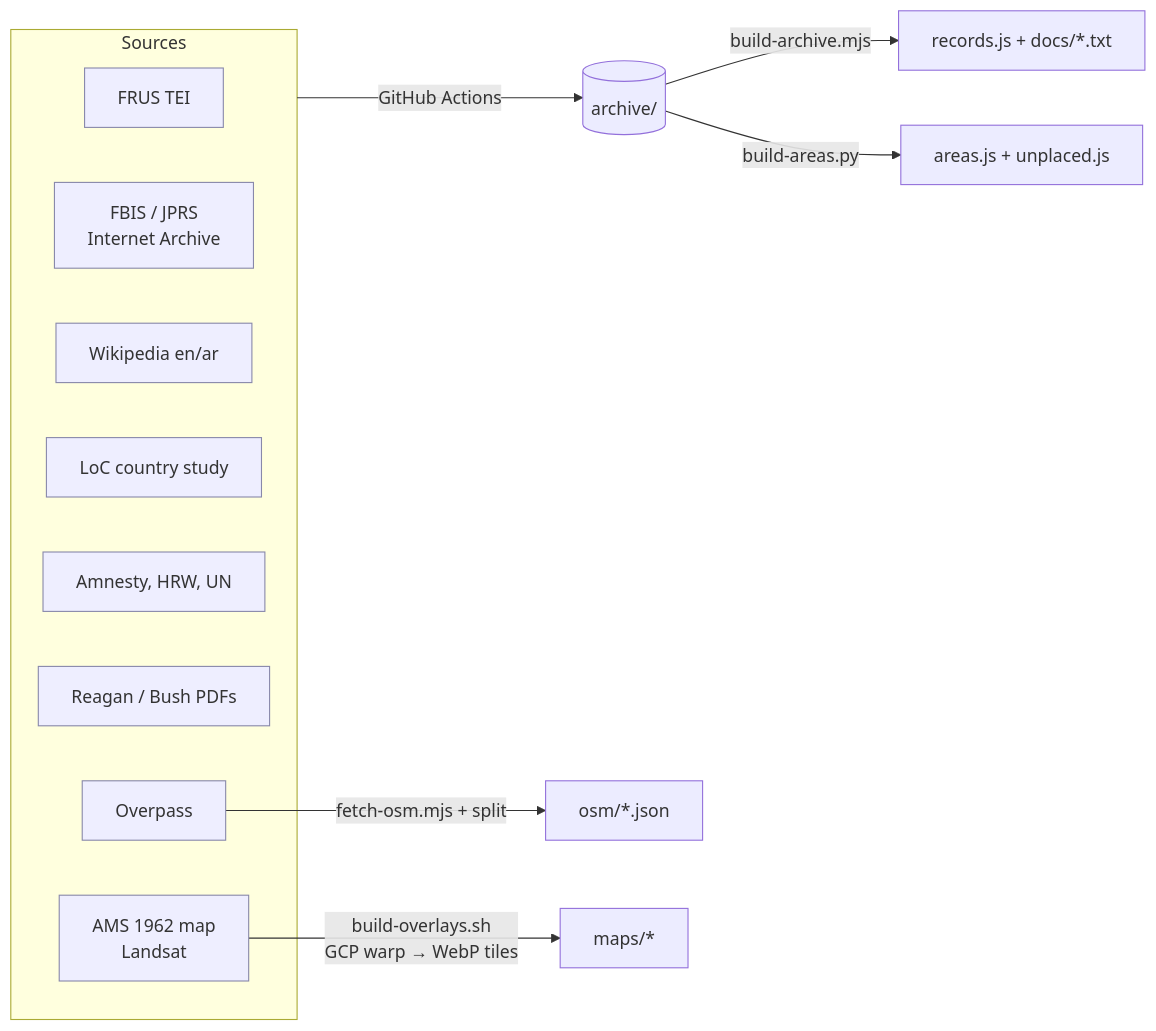
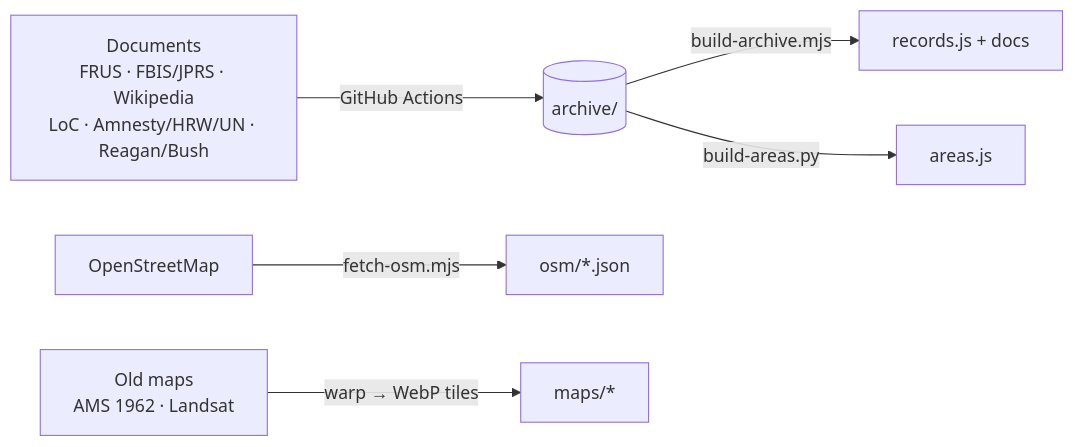
Before and after one commit to gelnagar/libya-project: the third of 4 diagrams in README.md, drawn with Mermaid. The commit also changed other lines of this file, not shown here.

Commit message:
README: flatter diagrams
Claude-Session: https://claude.ai/code/session_01Aqy79oeJhbxdmkAd5pT6Qi

````diff
--- a/README.md
+++ b/README.md
@@ -93,14 +93,8 @@
 ```mermaid
 flowchart LR
-  subgraph Sources
-    F[FRUS TEI]:::s; FB[FBIS / JPRS<br/>Internet Archive]:::s; WP[Wikipedia en/ar]:::s
-    LC[LoC country study]:::s; NG[Amnesty, HRW, UN]:::s; PL[Reagan / Bush PDFs]:::s
-    OSM[Overpass]:::s; MP[AMS 1962 map<br/>Landsat]:::s
-  end
-  Sources -->|GitHub Actions| AR[(archive/)]
-  AR -->|build-archive.mjs| R[records.js + docs/*.txt]
-  AR -->|build-areas.py| AA[areas.js + unplaced.js]
-  OSM -->|fetch-osm.mjs + split| O[osm/*.json]
-  MP -->|build-overlays.sh<br/>GCP warp → WebP tiles| T[maps/*]
-  classDef s fill:#eef,stroke:#88a
+  D["Documents<br/>FRUS · FBIS/JPRS · Wikipedia<br/>LoC · Amnesty/HRW/UN · Reagan/Bush"] -->|GitHub Actions| AR[(archive/)]
+  AR -->|build-archive.mjs| R[records.js + docs]
+  AR -->|build-areas.py| AA[areas.js]
+  O["OpenStreetMap"] -->|fetch-osm.mjs| OJ[osm/*.json]
+  M["Old maps<br/>AMS 1962 · Landsat"] -->|warp → WebP tiles| T[maps/*]
 ```
````
